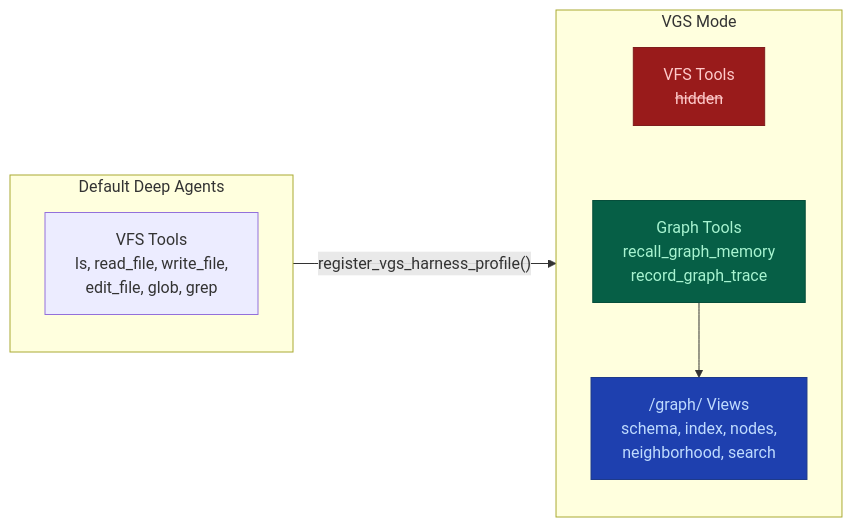
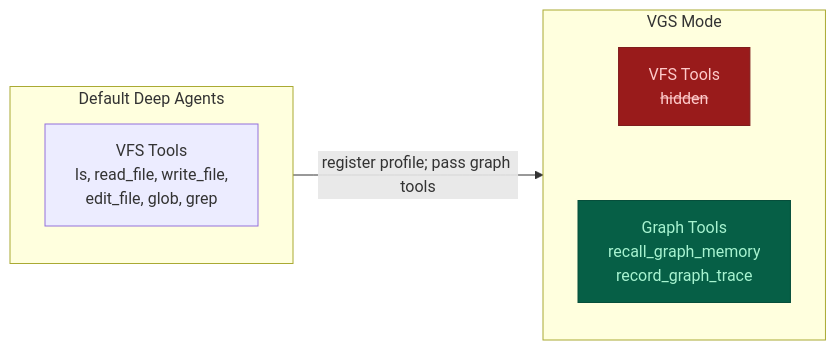
One commit to TahaK29/deepagents-graph-memory changed the second of 4 diagrams in README.md. Above: the diagram before and after it, drawn with Mermaid. The commit also changed other lines of this file and 12 other files, not shown here.

Commit message:
Simplify graph inspection and document developer debugging

````diff
--- a/README.md
+++ b/README.md
@@ -200,20 +220,17 @@
 ```mermaid
 graph LR
     subgraph Default ["Default Deep Agents"]
         VFS["VFS Tools<br/>ls, read_file, write_file,<br/>edit_file, glob, grep"]
     end
 
     subgraph VGSMode ["VGS Mode"]
         VFSHidden["VFS Tools<br/><s>hidden</s>"]
         GraphTools["Graph Tools<br/>recall_graph_memory<br/>record_graph_trace"]
-        GraphViews["/graph/ Views<br/>schema, index, nodes,<br/>neighborhood, search"]
     end
 
-    Default -->|"register_vgs_harness_profile()"| VGSMode
+    Default -->|"register profile; pass graph tools"| VGSMode
     VFSHidden ~~~ GraphTools
-    GraphTools --> GraphViews
 
     style VFSHidden fill:#991b1b,stroke:#7f1d1d,color:#fecaca
     style GraphTools fill:#065f46,stroke:#064e3b,color:#a7f3d0
-    style GraphViews fill:#1e40af,stroke:#1e3a8a,color:#bfdbfe
 ```
````
